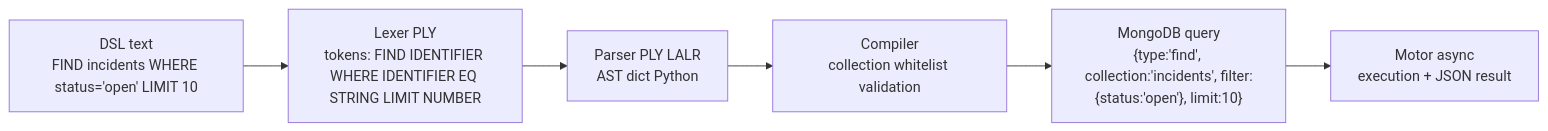
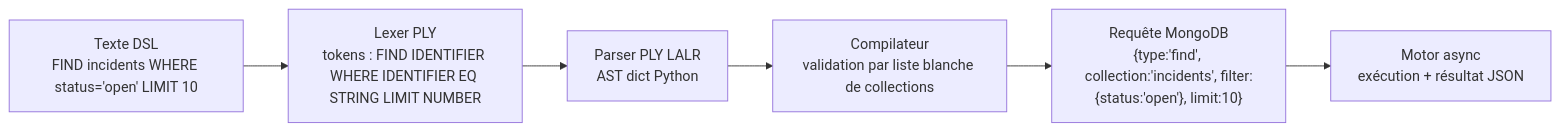
Diagram 13 of 21 in docs/ARCHITECTURE.md (creibaud/QuartierConnect), drawn with Mermaid before and after one commit. The commit also changed other lines of this file and 27 other files, not shown here.

````diff
--- a/docs/ARCHITECTURE.md
+++ b/docs/ARCHITECTURE.md
@@ -489,11 +530,11 @@
 ```mermaid
 flowchart LR
-    A["DSL text<br/>FIND incidents WHERE status='open' LIMIT 10"]
-    B["Lexer PLY<br/>tokens: FIND IDENTIFIER WHERE IDENTIFIER EQ STRING LIMIT NUMBER"]
+    A["Texte DSL<br/>FIND incidents WHERE status='open' LIMIT 10"]
+    B["Lexer PLY<br/>tokens : FIND IDENTIFIER WHERE IDENTIFIER EQ STRING LIMIT NUMBER"]
     C["Parser PLY LALR<br/>AST dict Python"]
-    D["Compiler<br/>collection whitelist validation"]
-    E["MongoDB query<br/>{type:'find', collection:'incidents', filter:{status:'open'}, limit:10}"]
-    F["Motor async<br/>execution + JSON result"]
+    D["Compilateur<br/>validation par liste blanche de collections"]
+    E["Requête MongoDB<br/>{type:'find', collection:'incidents', filter:{status:'open'}, limit:10}"]
+    F["Motor async<br/>exécution + résultat JSON"]
 
     A --> B --> C --> D --> E --> F
 ```
````
